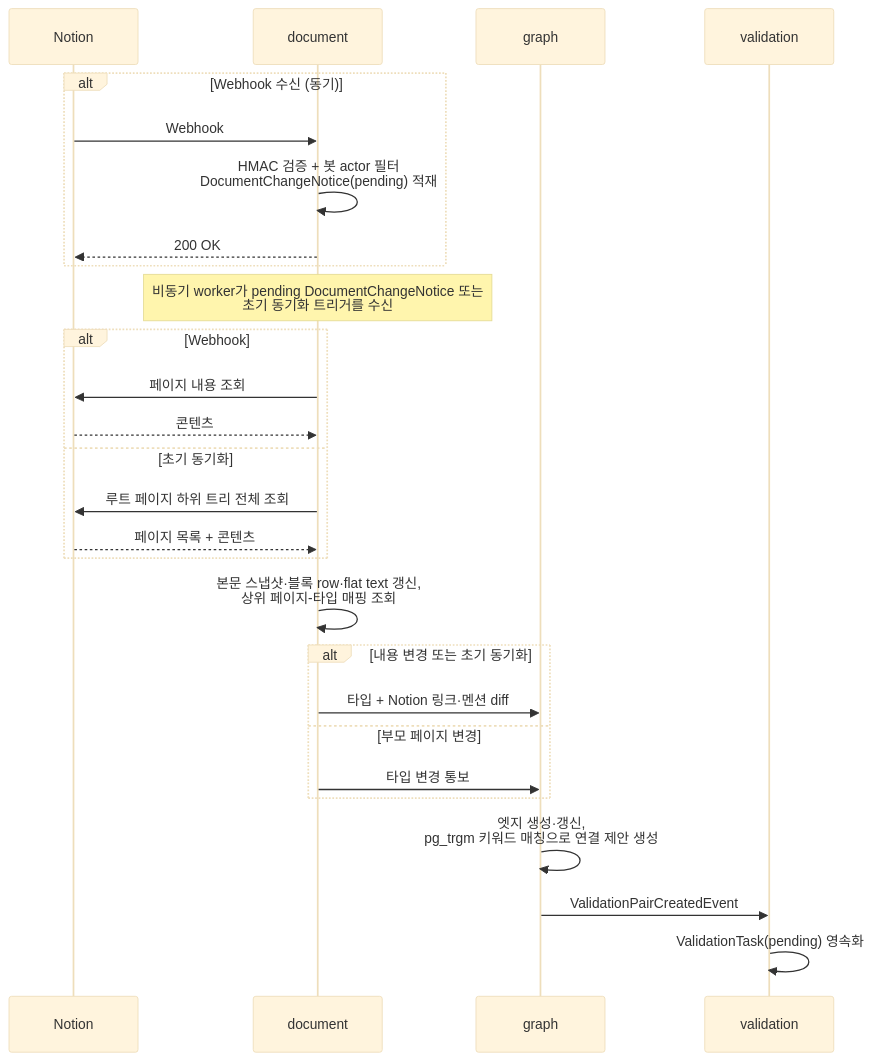
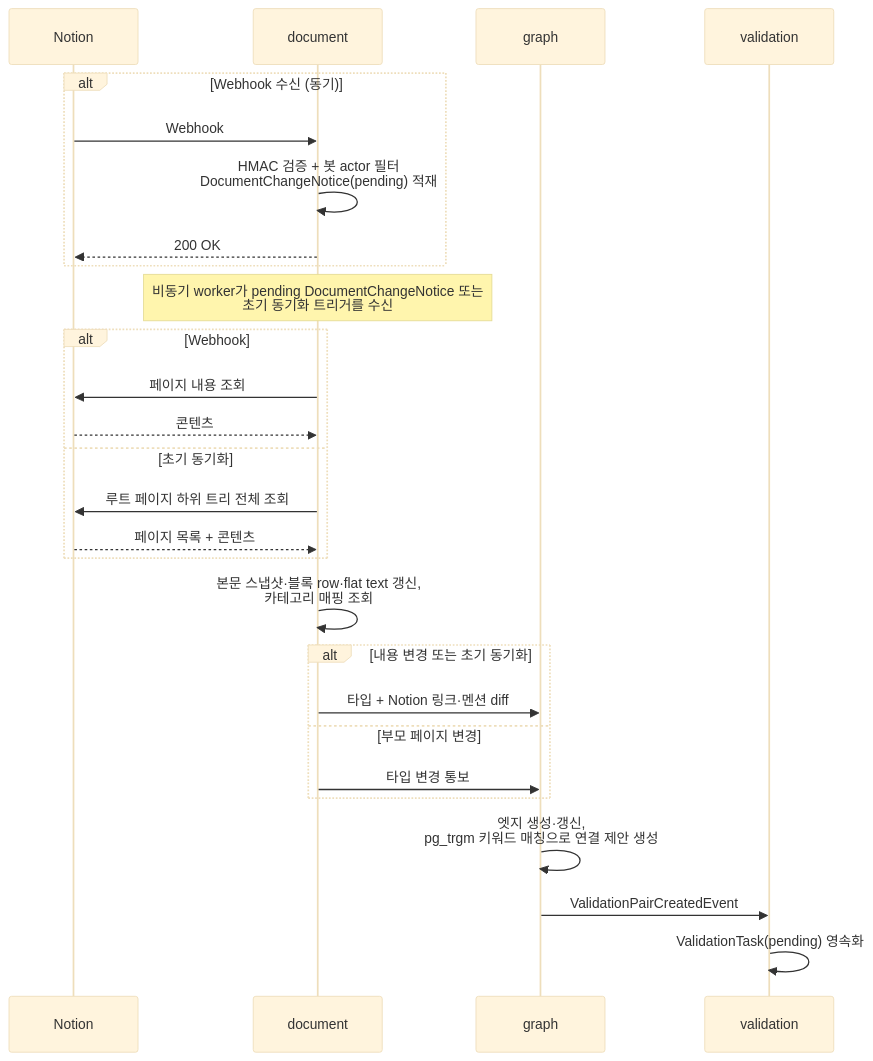
Before and after one commit to KHU-Cloud-2026-H/doc-graph: the second of 3 diagrams in docs/domains.md, drawn with Mermaid (base theme). The commit also changed other lines of this file and 2 other files, not shown here.

First line of the commit message:
docs: project 카테고리 분류 spec 명확화

````diff
--- a/docs/domains.md
+++ b/docs/domains.md
@@ -45,31 +45,31 @@
 ```mermaid
 sequenceDiagram
     participant Notion
     participant document
     participant graph
     participant validation
 
     alt Webhook 수신 (동기)
         Notion->>document: Webhook
         document->>document: HMAC 검증 + 봇 actor 필터<br/>DocumentChangeNotice(pending) 적재
         document-->>Notion: 200 OK
     end
 
     Note over document: 비동기 worker가 pending DocumentChangeNotice 또는<br/>초기 동기화 트리거를 수신
     alt Webhook
         document->>Notion: 페이지 내용 조회
         Notion-->>document: 콘텐츠
     else 초기 동기화
         document->>Notion: 루트 페이지 하위 트리 전체 조회
         Notion-->>document: 페이지 목록 + 콘텐츠
     end
-    document->>document: 본문 스냅샷·블록 row·flat text 갱신,<br/>상위 페이지-타입 매핑 조회
+    document->>document: 본문 스냅샷·블록 row·flat text 갱신,<br/>카테고리 매핑 조회
     alt 내용 변경 또는 초기 동기화
         document->>graph: 타입 + Notion 링크·멘션 diff
     else 부모 페이지 변경
         document->>graph: 타입 변경 통보
     end
     graph->>graph: 엣지 생성·갱신,<br/>pg_trgm 키워드 매칭으로 연결 제안 생성
     graph->>validation: ValidationPairCreatedEvent
     validation->>validation: ValidationTask(pending) 영속화
 ```
````
